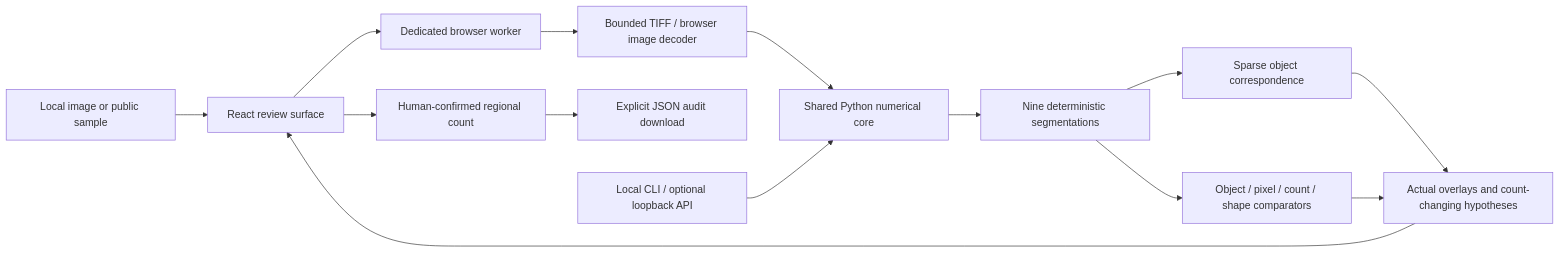
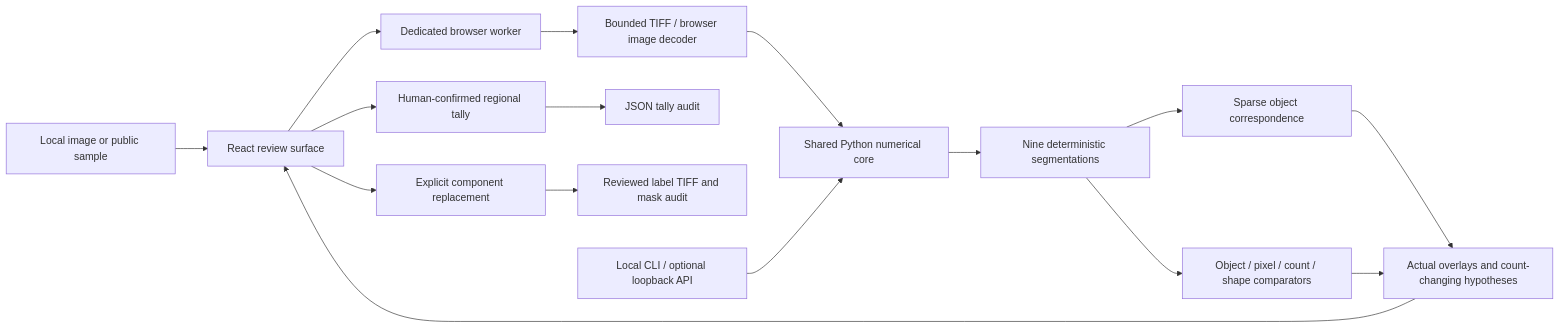
One commit to dumbthing999-ui/nuclei-lens changed the first of 4 diagrams in docs/architecture.md. Above: the diagram before and after it, drawn with Mermaid. The commit also changed other lines of this file and 30 other files, not shown here.

Commit message:
feat: require audited alignment judgment before external mask replacement

````diff
--- a/docs/architecture.md
+++ b/docs/architecture.md
@@ -9,16 +9,18 @@
 ```mermaid
 flowchart LR
   F[Local image or public sample] --> UI[React review surface]
   UI --> W[Dedicated browser worker]
   W --> D[Bounded TIFF / browser image decoder]
   D --> P[Shared Python numerical core]
   P --> N[Nine deterministic segmentations]
   N --> G[Sparse object correspondence]
   N --> Q[Object / pixel / count / shape comparators]
   G --> O[Actual overlays and count-changing hypotheses]
   Q --> O
   O --> UI
-  UI --> H[Human-confirmed regional count]
-  H --> A[Explicit JSON audit download]
+  UI --> H[Human-confirmed regional tally]
+  H --> A[JSON tally audit]
+  UI --> M[Explicit component replacement]
+  M --> L[Reviewed label TIFF and mask audit]
   C[Local CLI / optional loopback API] --> P
 ```
````
